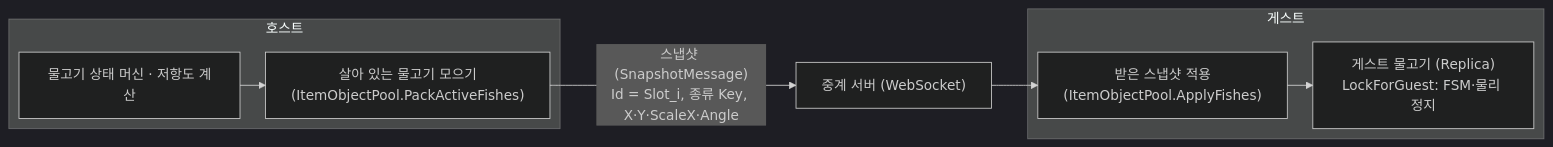
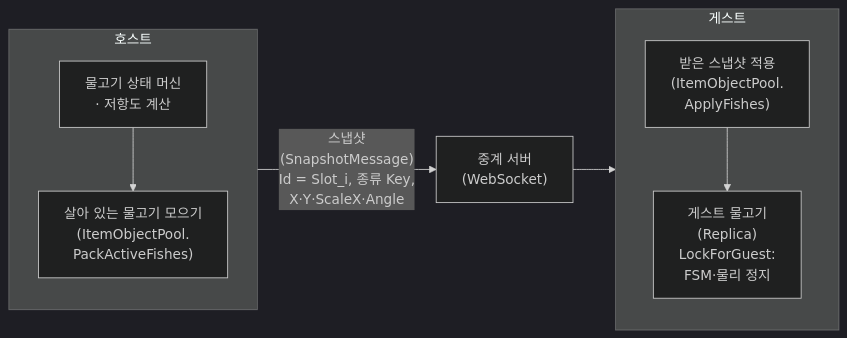
The fourth of 5 diagrams in src/2-teamproject-hs/기술문서.md (pinkshield/portfolio), drawn with Mermaid (dark theme) before and after one commit. The commit also changed other lines of this file, not shown here.

Commit message:
WeGotOne 5-1: 동기화 구조 그림을 가로 한 줄(1753×169)에서 호스트 · 게스트 상자 안만 위아래로 쌓은 두 줄 높이(942×394)로 접음 · ELK 배치 뺌 · 선은 묶음 상자끼리 · 예전 그림은 숨김 주석 · 기존 근거 주석 유지(슬라이드 d-sync 10.4px → 14.1px, audit 0)

````diff
--- a/src/2-teamproject-hs/기술문서.md
+++ b/src/2-teamproject-hs/기술문서.md
@@ -626,12 +626,13 @@
 ```mermaid
-%%{init: {"layout": "elk"}}%%
 flowchart LR
     subgraph Host["호스트"]
-        FSM["물고기 상태 머신 · 저항도 계산"] --> Pool["살아 있는 물고기 모으기<br/>(ItemObjectPool.PackActiveFishes)"]
+        direction TB
+        FSM["물고기 상태 머신<br/>· 저항도 계산"] --> Pool["살아 있는 물고기 모으기<br/>(ItemObjectPool.<br/>PackActiveFishes)"]
     end
-    Pool -->|"스냅샷 (SnapshotMessage)<br/>Id = Slot_i, 종류 Key, X·Y·ScaleX·Angle"| WS["중계 서버 (WebSocket)"]
-    WS --> Apply
     subgraph Guest["게스트"]
-        Apply["받은 스냅샷 적용<br/>(ItemObjectPool.ApplyFishes)"] --> Rep["게스트 물고기 (Replica)<br/>LockForGuest: FSM·물리 정지"]
+        direction TB
+        Apply["받은 스냅샷 적용<br/>(ItemObjectPool.<br/>ApplyFishes)"] --> Rep["게스트 물고기<br/>(Replica)<br/>LockForGuest:<br/>FSM·물리 정지"]
     end
+    Host -->|"스냅샷<br/>(SnapshotMessage)<br/>Id = Slot_i, 종류 Key,<br/>X·Y·ScaleX·Angle"| WS["중계 서버<br/>(WebSocket)"]
+    WS --> Guest
 ```
````
